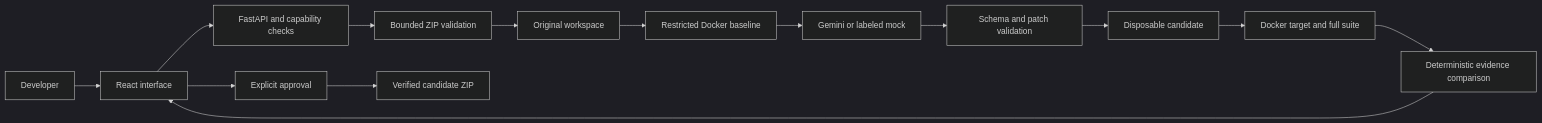
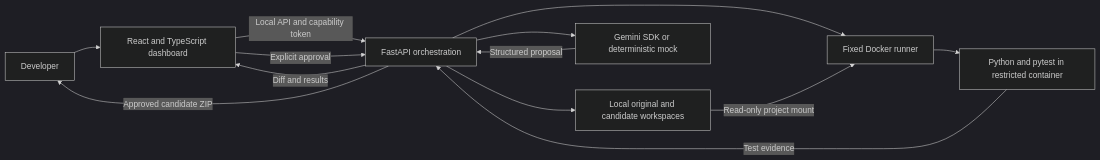
Before and after one commit to Gautam1247/DevPilot-AI: the first of 2 diagrams in README.md, drawn with Mermaid (dark theme). The commit also changed other lines of this file and 2 other files, not shown here.

````diff
--- a/README.md
+++ b/README.md
@@ -33,16 +37,15 @@
 ```mermaid
 flowchart LR
-    U[Developer] --> UI[React interface]
-    UI --> API[FastAPI and capability checks]
-    API --> ZIP[Bounded ZIP validation]
-    ZIP --> O[Original workspace]
-    O --> B[Restricted Docker baseline]
-    B --> AI[Gemini or labeled mock]
-    AI --> V[Schema and patch validation]
-    V --> C[Disposable candidate]
-    C --> T[Docker target and full suite]
-    T --> E[Deterministic evidence comparison]
-    E --> UI
-    UI --> A[Explicit approval]
-    A --> D[Verified candidate ZIP]
+    U[Developer] --> UI[React and TypeScript dashboard]
+    UI -->|Local API and capability token| API[FastAPI orchestration]
+    API --> WS[Local original and candidate workspaces]
+    API --> AI[Gemini SDK or deterministic mock]
+    API --> RUN[Fixed Docker runner]
+    WS -->|Read-only project mount| RUN
+    RUN --> PY[Python and pytest in restricted container]
+    PY -->|Test evidence| API
+    AI -->|Structured proposal| API
+    API -->|Diff and results| UI
+    UI -->|Explicit approval| API
+    API -->|Approved candidate ZIP| U
 ```
````
